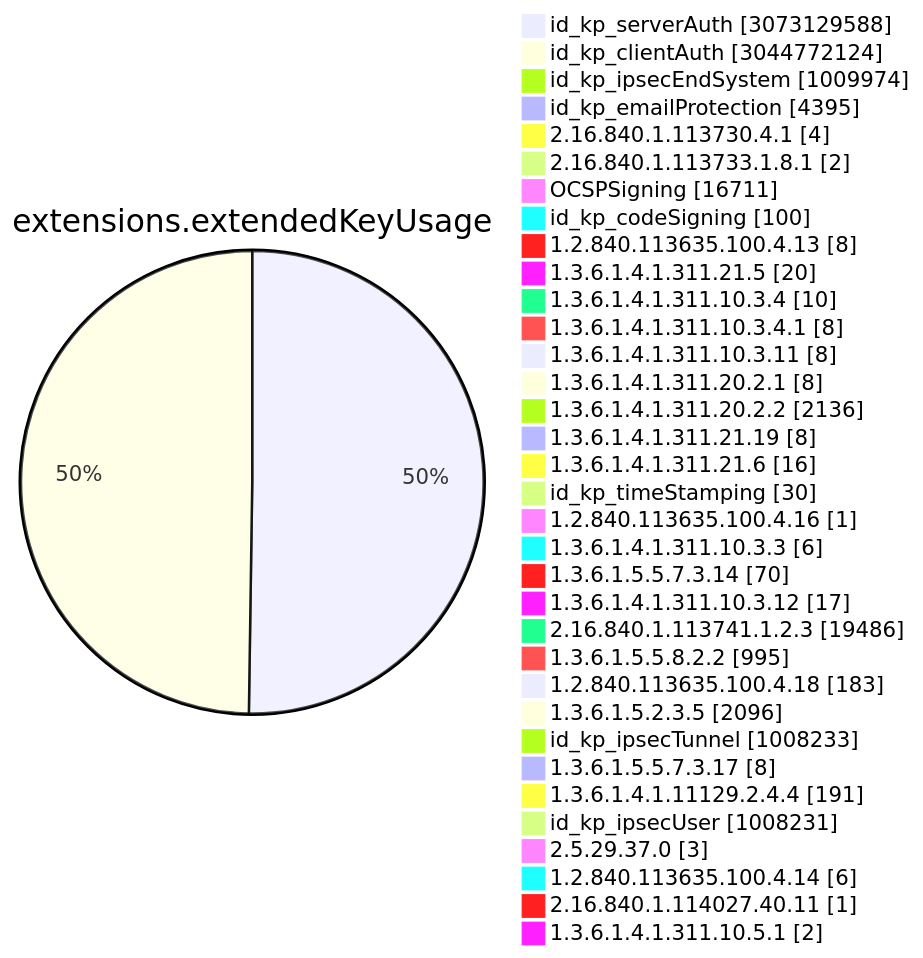
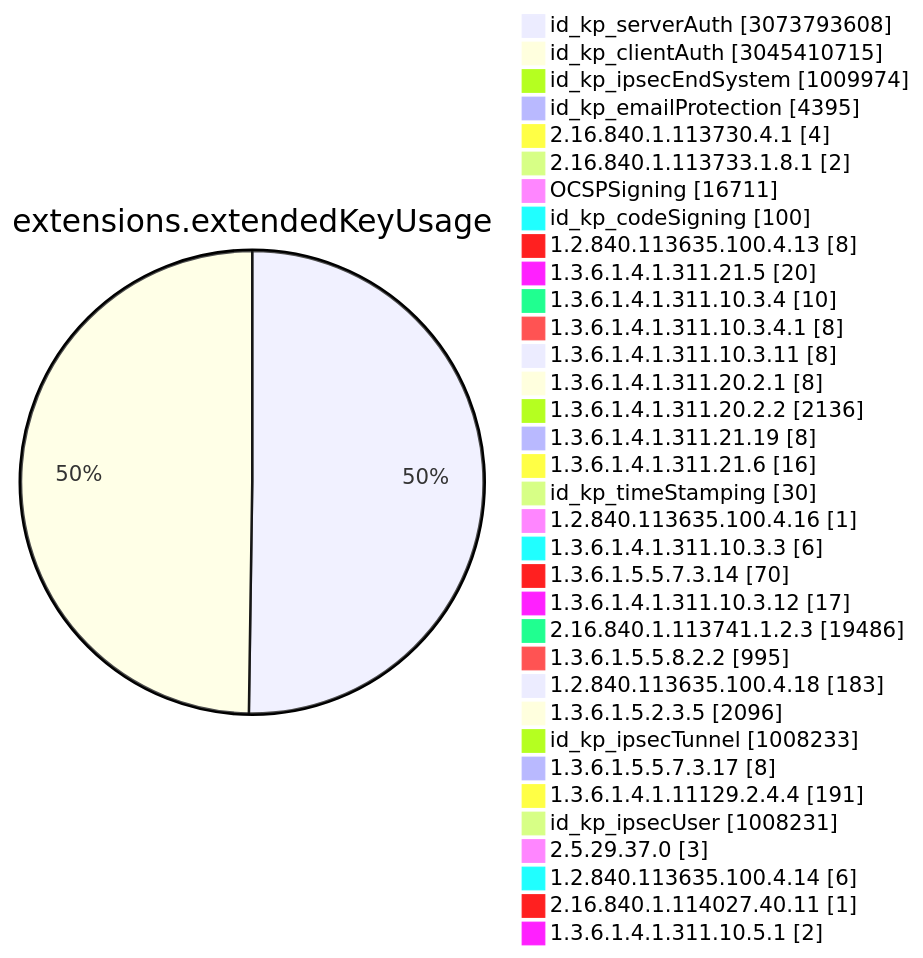
One commit to christiankrug/ctmonitor_visualization changed diagram 11 of 15 in TOTAL/README.md. Above: the diagram before and after it, drawn with Mermaid. The commit also changed other lines of this file, not shown here.

````diff
--- a/TOTAL/README.md
+++ b/TOTAL/README.md
@@ -4119,38 +4119,38 @@
 ```mermaid
 pie showData
 title extensions.extendedKeyUsage
-"id_kp_serverAuth" :3073129588
-"id_kp_clientAuth" :3044772124
+"id_kp_serverAuth" :3073793608
+"id_kp_clientAuth" :3045410715
 "id_kp_ipsecEndSystem" :1009974
 "id_kp_emailProtection" :4395
 "2.16.840.1.113730.4.1" :4
 "2.16.840.1.113733.1.8.1" :2
 "OCSPSigning" :16711
 "id_kp_codeSigning" :100
 "1.2.840.113635.100.4.13" :8
 "1.3.6.1.4.1.311.21.5" :20
 "1.3.6.1.4.1.311.10.3.4" :10
 "1.3.6.1.4.1.311.10.3.4.1" :8
 "1.3.6.1.4.1.311.10.3.11" :8
 "1.3.6.1.4.1.311.20.2.1" :8
 "1.3.6.1.4.1.311.20.2.2" :2136
 "1.3.6.1.4.1.311.21.19" :8
 "1.3.6.1.4.1.311.21.6" :16
 "id_kp_timeStamping" :30
 "1.2.840.113635.100.4.16" :1
 "1.3.6.1.4.1.311.10.3.3" :6
 "1.3.6.1.5.5.7.3.14" :70
 "1.3.6.1.4.1.311.10.3.12" :17
 "2.16.840.1.113741.1.2.3" :19486
 "1.3.6.1.5.5.8.2.2" :995
 "1.2.840.113635.100.4.18" :183
 "1.3.6.1.5.2.3.5" :2096
 "id_kp_ipsecTunnel" :1008233
 "1.3.6.1.5.5.7.3.17" :8
 "1.3.6.1.4.1.11129.2.4.4" :191
 "id_kp_ipsecUser" :1008231
 "2.5.29.37.0" :3
 "1.2.840.113635.100.4.14" :6
 "2.16.840.1.114027.40.11" :1
 "1.3.6.1.4.1.311.10.5.1" :2
 ```
````
